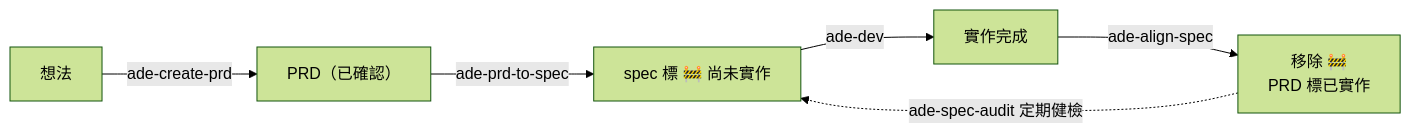
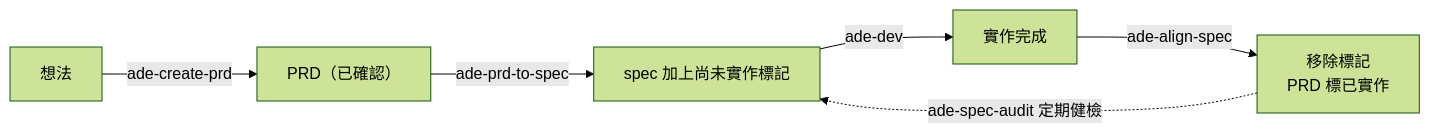
The diagram in README.md (franKobayasi/agentic-dev-env), drawn with Mermaid (forest theme) before and after one commit. The commit also changed other lines of this file and 8 other files, not shown here.

````diff
--- a/README.md
+++ b/README.md
@@ -112,8 +112,8 @@
 ```mermaid
 flowchart LR
     A["想法"] -->|"ade-create-prd"| B["PRD（已確認）"]
-    B -->|"ade-prd-to-spec"| C["spec 標 🚧 尚未實作"]
+    B -->|"ade-prd-to-spec"| C["spec 加上尚未實作標記"]
     C -->|"ade-dev"| D["實作完成"]
-    D -->|"ade-align-spec"| E["移除 🚧<br/>PRD 標已實作"]
+    D -->|"ade-align-spec"| E["移除標記<br/>PRD 標已實作"]
     E -.->|"ade-spec-audit 定期健檢"| C
 ```
````
